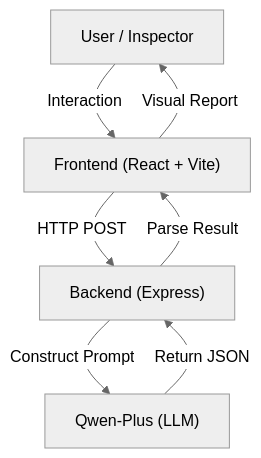
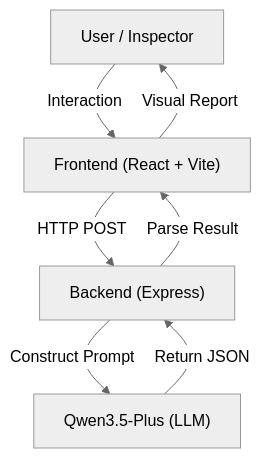
The second of 2 diagrams in README.md (HuoTaoCN/GovInsight-AI), drawn with Mermaid (neutral theme) before and after one commit. The commit also changed other lines of this file and 8 other files, not shown here.

Commit message:
chore: update Qwen model version to qwen3.5-plus-2026-02-23

````diff
--- a/README.md
+++ b/README.md
@@ -352,9 +352,9 @@
 ```mermaid
 graph TD
     User["User / Inspector"] -->|Interaction| Web["Frontend (React + Vite)"]
     Web -->|"HTTP POST"| Server["Backend (Express)"]
-    Server -->|"Construct Prompt"| LLM["Qwen-Plus (LLM)"]
+    Server -->|"Construct Prompt"| LLM["Qwen3.5-Plus (LLM)"]
     LLM -->|"Return JSON"| Server
     Server -->|"Parse Result"| Web
     Web -->|"Visual Report"| User
 ```
````
